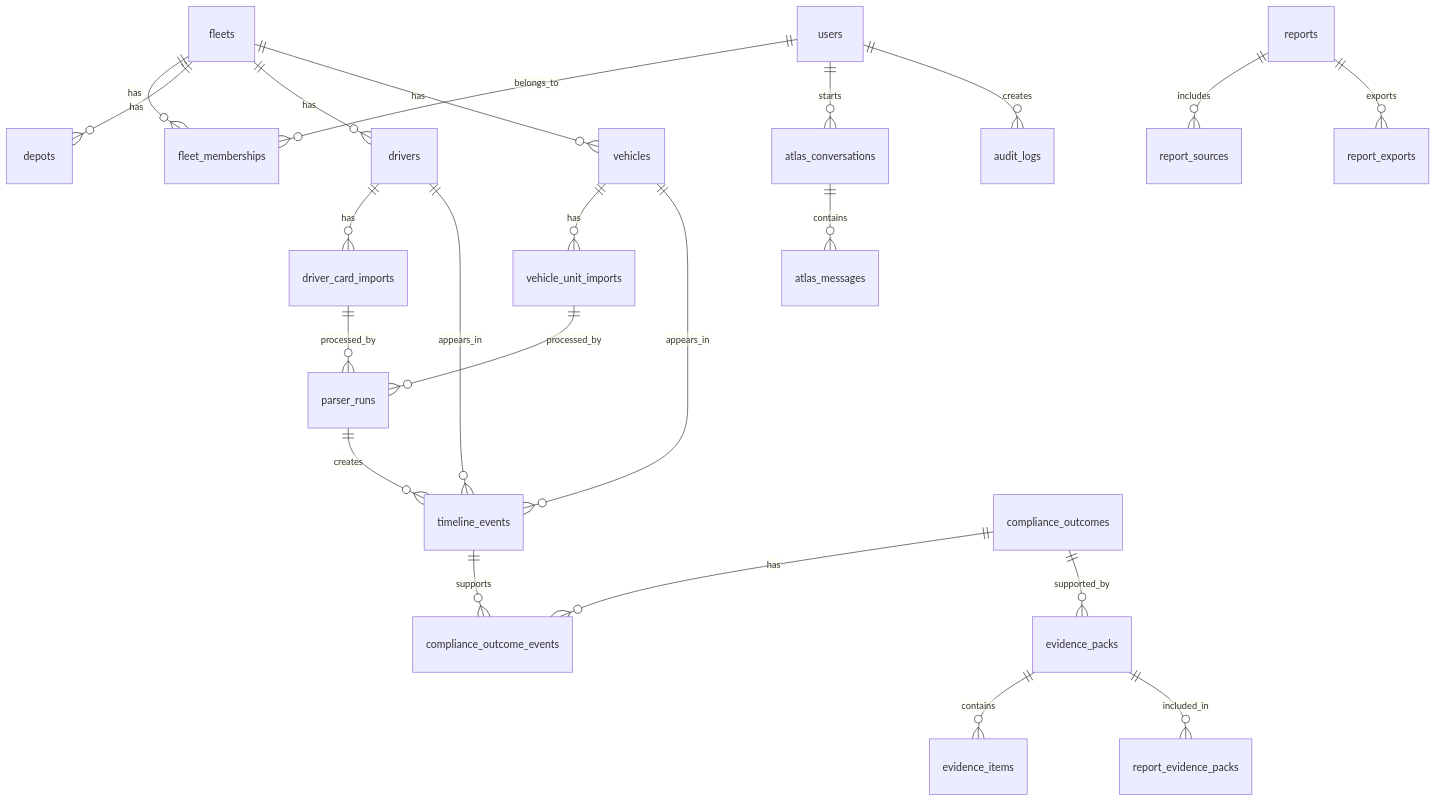
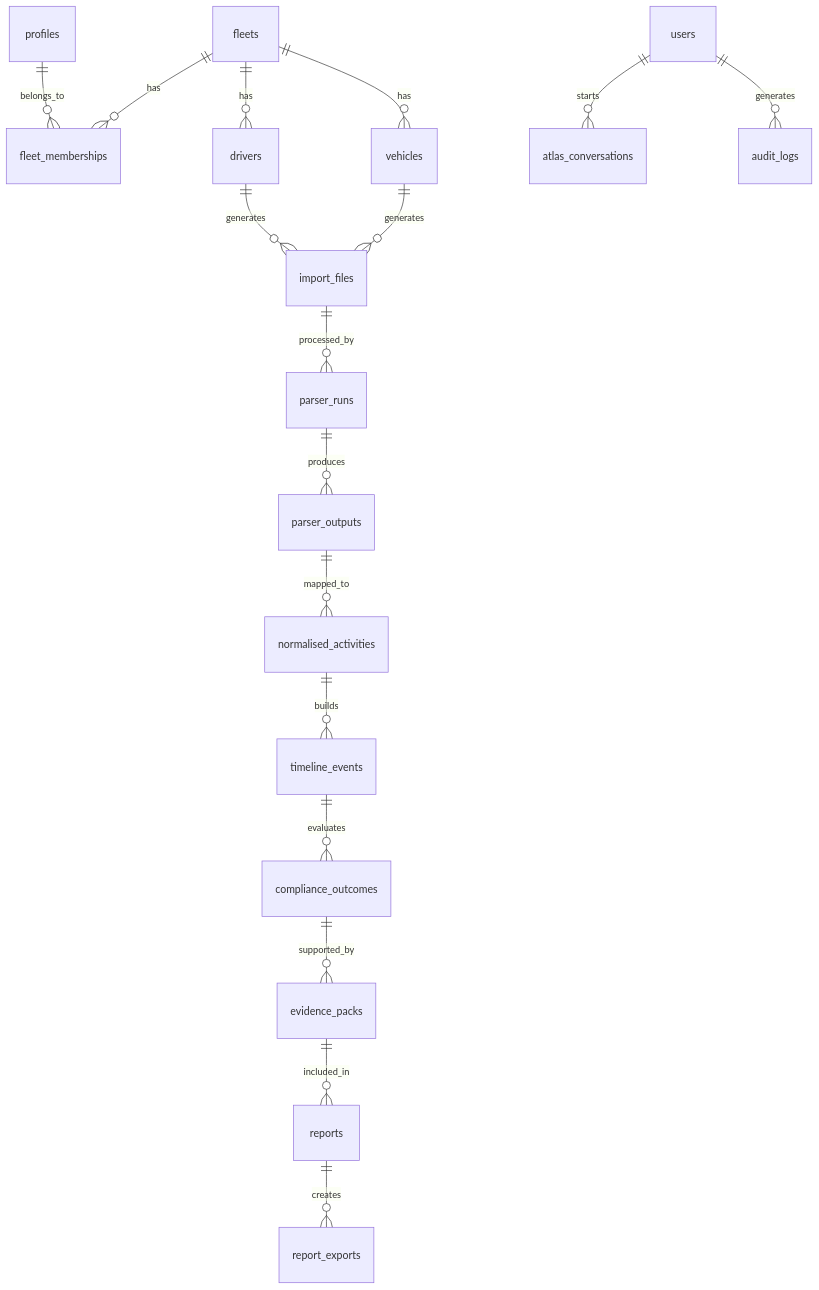
The diagram in docs/source-of-truth/21 — Data Model Specification.md (hourwise/HourWiseEU_Fleet_Portal), drawn with Mermaid before and after one commit. The commit also changed other lines of this file and 26 other files, not shown here.

````diff
--- a/docs/source-of-truth/21 — Data Model Specification.md
+++ b/docs/source-of-truth/21 — Data Model Specification.md
@@ -235,33 +237,25 @@
-```mermaid id="x9d2vb"
+```mermaid
 erDiagram
+    profiles ||--o{ fleet_memberships : belongs_to
     fleets ||--o{ fleet_memberships : has
-    users ||--o{ fleet_memberships : belongs_to
-    fleets ||--o{ depots : has
     fleets ||--o{ drivers : has
     fleets ||--o{ vehicles : has
-
-    drivers ||--o{ driver_card_imports : has
-    vehicles ||--o{ vehicle_unit_imports : has
-
-    driver_card_imports ||--o{ parser_runs : processed_by
-    vehicle_unit_imports ||--o{ parser_runs : processed_by
-    parser_runs ||--o{ timeline_events : creates
-
-    drivers ||--o{ timeline_events : appears_in
-    vehicles ||--o{ timeline_events : appears_in
-
-    timeline_events ||--o{ compliance_outcome_events : supports
-    compliance_outcomes ||--o{ compliance_outcome_events : has
-
+    
+    drivers ||--o{ import_files : generates
+    vehicles ||--o{ import_files : generates
+    
+    import_files ||--o{ parser_runs : processed_by
+    parser_runs ||--o{ parser_outputs : produces
+    
+    parser_outputs ||--o{ normalised_activities : mapped_to
+    normalised_activities ||--o{ timeline_events : builds
+    
+    timeline_events ||--o{ compliance_outcomes : evaluates
     compliance_outcomes ||--o{ evidence_packs : supported_by
-    evidence_packs ||--o{ evidence_items : contains
-
-    reports ||--o{ report_sources : includes
-    reports ||--o{ report_exports : exports
-    evidence_packs ||--o{ report_evidence_packs : included_in
-
+    
+    evidence_packs ||--o{ reports : included_in
+    reports ||--o{ report_exports : creates
+    
     users ||--o{ atlas_conversations : starts
-    atlas_conversations ||--o{ atlas_messages : contains
-
-    users ||--o{ audit_logs : creates
+    users ||--o{ audit_logs : generates
 ```
````
